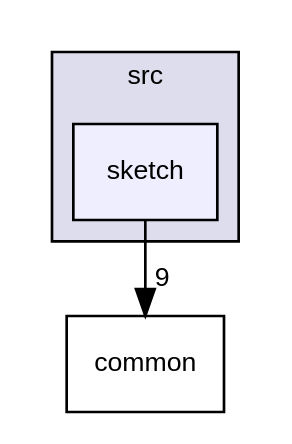
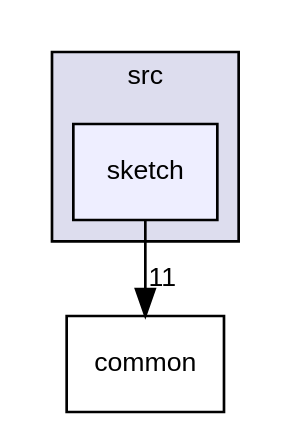
One commit to N2-Sys/OmniSketch changed the diagram in dir_ef43dc1024c8c688fd3275ab544df33f_dep.dot. Above: the diagram before and after it, drawn with Graphviz. The commit also changed 159 other files, not shown here.

```diff
--- a/dir_ef43dc1024c8c688fd3275ab544df33f_dep.dot
+++ b/dir_ef43dc1024c8c688fd3275ab544df33f_dep.dot
@@ -1,11 +1,11 @@
 digraph "src/sketch" {
   compound=true
   node [ fontsize="10", fontname="Helvetica"];
   edge [ labelfontsize="10", labelfontname="Helvetica"];
   subgraph clusterdir_68267d1309a1af8e8297ef4c3efbcdba {
     graph [ bgcolor="#ddddee", pencolor="black", label="src" fontname="Helvetica", fontsize="10", URL="dir_68267d1309a1af8e8297ef4c3efbcdba.html"]
   dir_ef43dc1024c8c688fd3275ab544df33f [shape=box, label="sketch", style="filled", fillcolor="#eeeeff", pencolor="black", URL="dir_ef43dc1024c8c688fd3275ab544df33f.html"];
   }
   dir_fdedb0aba14d44ce9d99bc100e026e6a [shape=box label="common" URL="dir_fdedb0aba14d44ce9d99bc100e026e6a.html"];
-  dir_ef43dc1024c8c688fd3275ab544df33f->dir_fdedb0aba14d44ce9d99bc100e026e6a [headlabel="9", labeldistance=1.5 headhref="dir_000006_000003.html"];
+  dir_ef43dc1024c8c688fd3275ab544df33f->dir_fdedb0aba14d44ce9d99bc100e026e6a [headlabel="11", labeldistance=1.5 headhref="dir_000006_000003.html"];
 }
```
